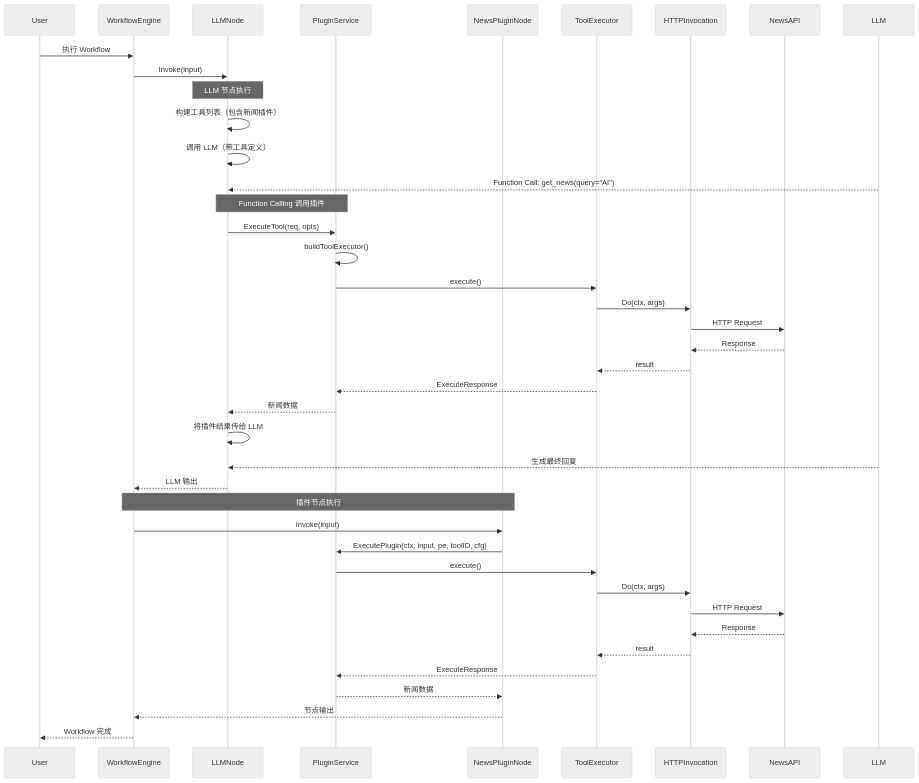
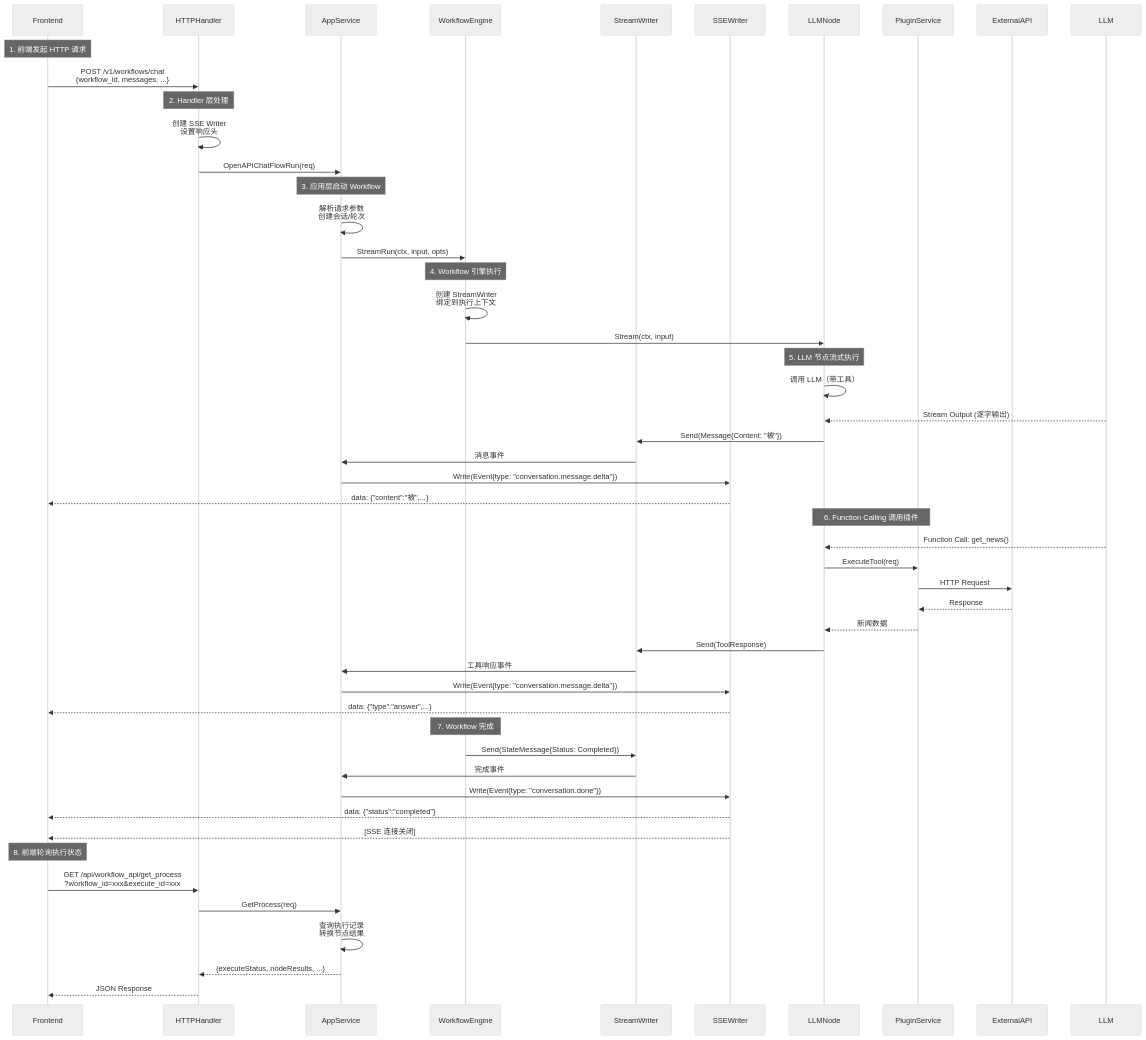
One commit to yangkun19921001/coze-studio-plus changed the fourth of 12 diagrams in doc/coze-studio-plugin-architecture-analysis.md. Above: the diagram before and after it, drawn with Mermaid (neutral theme). The commit also changed other lines of this file and 7 other files, not shown here.

````diff
--- a/doc/coze-studio-plugin-architecture-analysis.md
+++ b/doc/coze-studio-plugin-architecture-analysis.md
@@ -662,48 +671,60 @@
 ```mermaid
 sequenceDiagram
-    participant User
+    participant Frontend
+    participant HTTPHandler
+    participant AppService
     participant WorkflowEngine
+    participant StreamWriter
+    participant SSEWriter
     participant LLMNode
     participant PluginService
-    participant NewsPluginNode
-    participant ToolExecutor
-    participant HTTPInvocation
-    participant NewsAPI
+    participant ExternalAPI
     
-    User->>WorkflowEngine: 执行 Workflow
-    WorkflowEngine->>LLMNode: Invoke(input)
+    Note over Frontend: 1. 前端发起 HTTP 请求
+    Frontend->>HTTPHandler: POST /v1/workflows/chat<br/>{workflow_id, messages, ...}
     
-    Note over LLMNode: LLM 节点执行
-    LLMNode->>LLMNode: 构建工具列表（包含新闻插件）
-    LLMNode->>LLMNode: 调用 LLM（带工具定义）
-    LLM-->>LLMNode: Function Call: get_news(query="AI")
+    Note over HTTPHandler: 2. Handler 层处理
+    HTTPHandler->>HTTPHandler: 创建 SSE Writer<br/>设置响应头
+    HTTPHandler->>AppService: OpenAPIChatFlowRun(req)
     
-    Note over LLMNode,PluginService: Function Calling 调用插件
-    LLMNode->>PluginService: ExecuteTool(req, opts)
-    PluginService->>PluginService: buildToolExecutor()
-    PluginService->>ToolExecutor: execute()
-    ToolExecutor->>HTTPInvocation: Do(ctx, args)
-    HTTPInvocation->>NewsAPI: HTTP Request
-    NewsAPI-->>HTTPInvocation: Response
-    HTTPInvocation-->>ToolExecutor: result
-    ToolExecutor-->>PluginService: ExecuteResponse
+    Note over AppService: 3. 应用层启动 Workflow
+    AppService->>AppService: 解析请求参数<br/>创建会话/轮次
+    AppService->>WorkflowEngine: StreamRun(ctx, input, opts)
+    
+    Note over WorkflowEngine: 4. Workflow 引擎执行
+    WorkflowEngine->>WorkflowEngine: 创建 StreamWriter<br/>绑定到执行上下文
+    WorkflowEngine->>LLMNode: Stream(ctx, input)
+    
+    Note over LLMNode: 5. LLM 节点流式执行
+    LLMNode->>LLMNode: 调用 LLM（带工具）
+    LLM-->>LLMNode: Stream Output (逐字输出)
+    LLMNode->>StreamWriter: Send(Message{Content: "被"})
+    StreamWriter->>AppService: 消息事件
+    AppService->>SSEWriter: Write(Event{type: "conversation.message.delta"})
+    SSEWriter-->>Frontend: data: {"content":"被",...}
+    
+    Note over LLMNode,PluginService: 6. Function Calling 调用插件
+    LLM-->>LLMNode: Function Call: get_news()
+    LLMNode->>PluginService: ExecuteTool(req)
+    PluginService->>ExternalAPI: HTTP Request
+    ExternalAPI-->>PluginService: Response
     PluginService-->>LLMNode: 新闻数据
+    LLMNode->>StreamWriter: Send(ToolResponse)
+    StreamWriter->>AppService: 工具响应事件
+    AppService->>SSEWriter: Write(Event{type: "conversation.message.delta"})
+    SSEWriter-->>Frontend: data: {"type":"answer",...}
     
-    LLMNode->>LLMNode: 将插件结果传给 LLM
-    LLM-->>LLMNode: 生成最终回复
-    LLMNode-->>WorkflowEngine: LLM 输出
+    Note over WorkflowEngine: 7. Workflow 完成
+    WorkflowEngine->>StreamWriter: Send(StateMessage{Status: Completed})
+    StreamWriter->>AppService: 完成事件
+    AppService->>SSEWriter: Write(Event{type: "conversation.done"})
+    SSEWriter-->>Frontend: data: {"status":"completed"}
+    SSEWriter-->>Frontend: [SSE 连接关闭]
     
-    Note over WorkflowEngine,NewsPluginNode: 插件节点执行
-    WorkflowEngine->>NewsPluginNode: Invoke(input)
-    NewsPluginNode->>PluginService: ExecutePlugin(ctx, input, pe, toolID, cfg)
-    PluginService->>ToolExecutor: execute()
-    ToolExecutor->>HTTPInvocation: Do(ctx, args)
-    HTTPInvocation->>NewsAPI: HTTP Request
-    NewsAPI-->>HTTPInvocation: Response
-    HTTPInvocation-->>ToolExecutor: result
-    ToolExecutor-->>PluginService: ExecuteResponse
-    PluginService-->>NewsPluginNode: 新闻数据
-    NewsPluginNode-->>WorkflowEngine: 节点输出
-    
-    WorkflowEngine-->>User: Workflow 完成
+    Note over Frontend: 8. 前端轮询执行状态
+    Frontend->>HTTPHandler: GET /api/workflow_api/get_process<br/>?workflow_id=xxx&execute_id=xxx
+    HTTPHandler->>AppService: GetProcess(req)
+    AppService->>AppService: 查询执行记录<br/>转换节点结果
+    AppService-->>HTTPHandler: {executeStatus, nodeResults, ...}
+    HTTPHandler-->>Frontend: JSON Response
 ```
````
